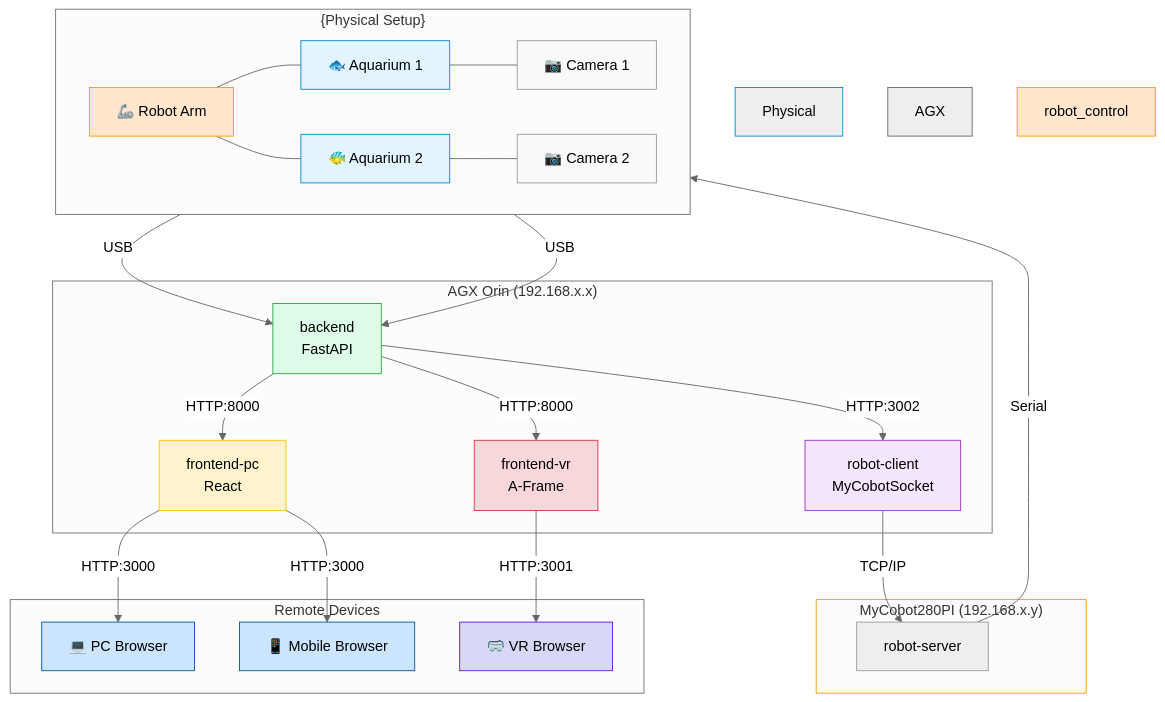
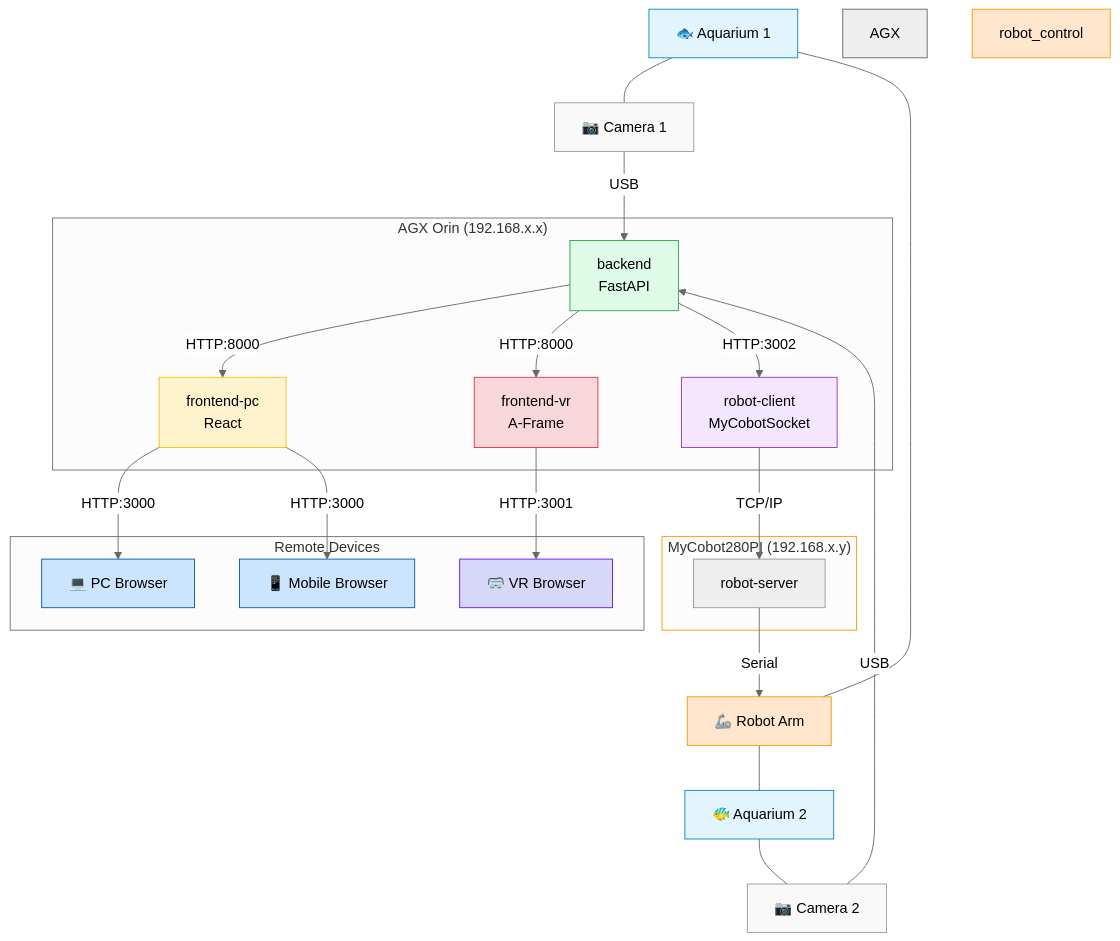
The diagram in README.md (hu-po/aquarius), drawn with Mermaid (neutral theme) before and after one commit.

````diff
--- a/README.md
+++ b/README.md
@@ -33,55 +33,51 @@
 ```mermaid
 flowchart TB
-    subgraph Physical Setup["{Physical Setup}"]
-        direction LR
-        aquarium1["🐟 Aquarium 1"]--- camera1["📷 Camera 1"]
-        aquarium2["🐠 Aquarium 2"]--- camera2["📷 Camera 2"]
-        robot_arm["🦾 Robot Arm"] --- aquarium1
-        robot_arm --- aquarium2
-    end
+    aquarium1["🐟 Aquarium 1"]--- camera1["📷 Camera 1"]
+    aquarium2["🐠 Aquarium 2"]--- camera2["📷 Camera 2"]
+    robot_arm["🦾 Robot Arm"] --- aquarium1
+    robot_arm --- aquarium2
     
     subgraph AGX Orin["AGX Orin (192.168.x.x)"]
         backend["backend\n FastAPI"]
         fe_pc["frontend-pc\n React"]
         fe_vr["frontend-vr\n A-Frame"]
         robot_client["robot-client\nMyCobotSocket"]
         backend -- "HTTP:8000" --> fe_pc
         backend -- "HTTP:8000" --> fe_vr
         backend -- "HTTP:3002" --> robot_client
     end
     
     subgraph Robot["MyCobot280PI (192.168.x.y)"]
         robot_server["robot-server"]
     end
     
     subgraph Remote Devices
         pc["💻 PC Browser"]
         vr["🥽 VR Browser"]
         phone["📱 Mobile Browser"]
     end
     
     camera1 -- "USB" --> backend
     camera2 -- "USB" --> backend
     fe_pc -- "HTTP:3000" --> pc
     fe_pc -- "HTTP:3000" --> phone
     fe_vr -- "HTTP:3001" --> vr
     robot_client -- "TCP/IP" --> robot_server
     robot_server -- "Serial" --> robot_arm
 
-    style Physical Setup fill:#e8f4ff,stroke:#0088cc
     style aquarium1 fill:#e2f5ff,stroke:#0088cc
     style aquarium2 fill:#e2f5ff,stroke:#0088cc
     style AGX Orin fill:#f5f5f5,stroke:#666666
     style camera1 fill:#f9f9f9,stroke:#999999
     style camera2 fill:#f9f9f9,stroke:#999999
     style backend fill:#ddfbe7,stroke:#28a745
     style fe_pc fill:#fff3cd,stroke:#ffc107
     style fe_vr fill:#f8d7da,stroke:#dc3545
     style pc fill:#cce5ff,stroke:#0056b3
     style vr fill:#d7d8f8,stroke:#6610f2
     style phone fill:#cce5ff,stroke:#0056b3
     style Robot Pi fill:#ffe6cc,stroke:#ff9900
     style robot_client fill:#f5e6ff,stroke:#9933cc
     style robot_control fill:#ffe6cc,stroke:#ff9900
     style robot_arm fill:#ffe6cc,stroke:#ff9900
 ```
````
